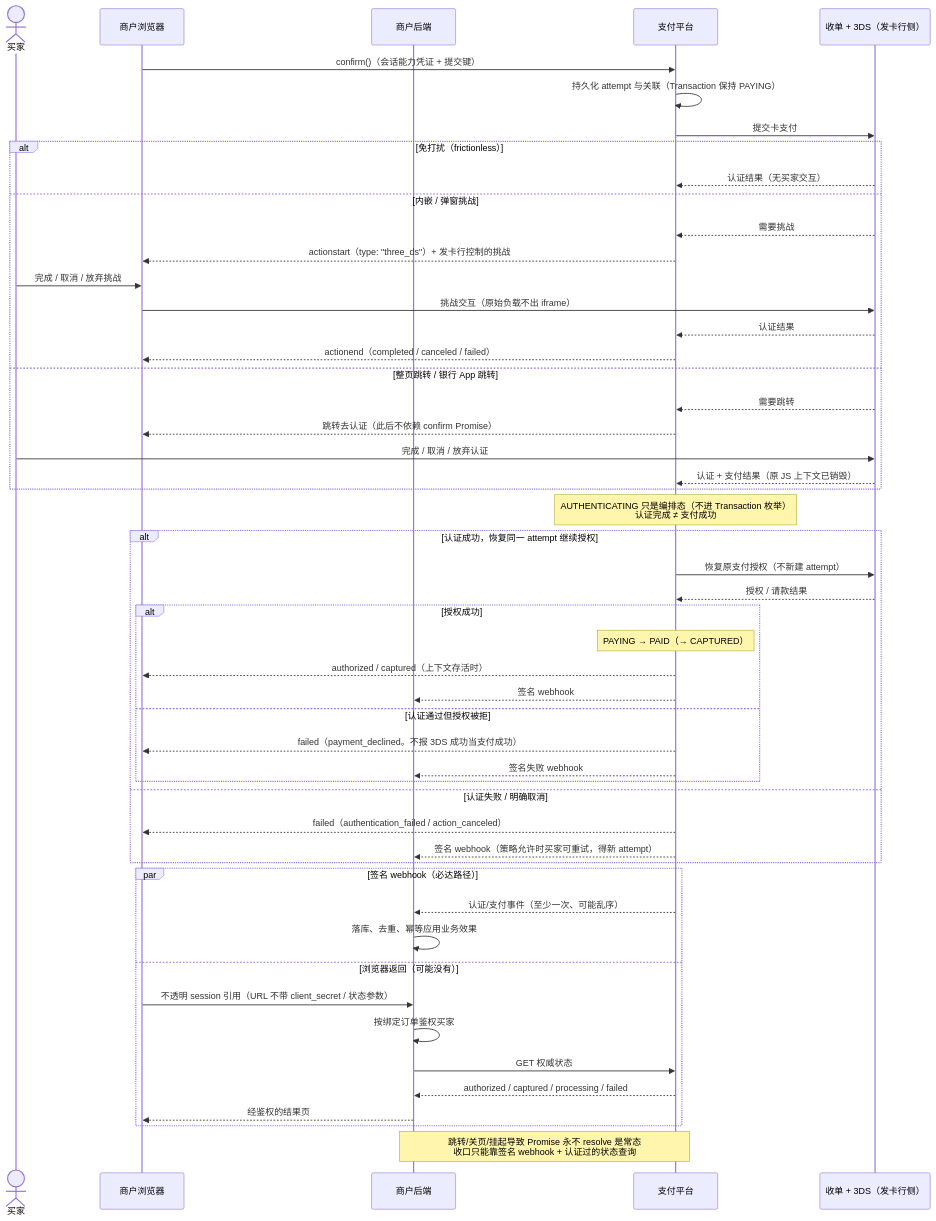
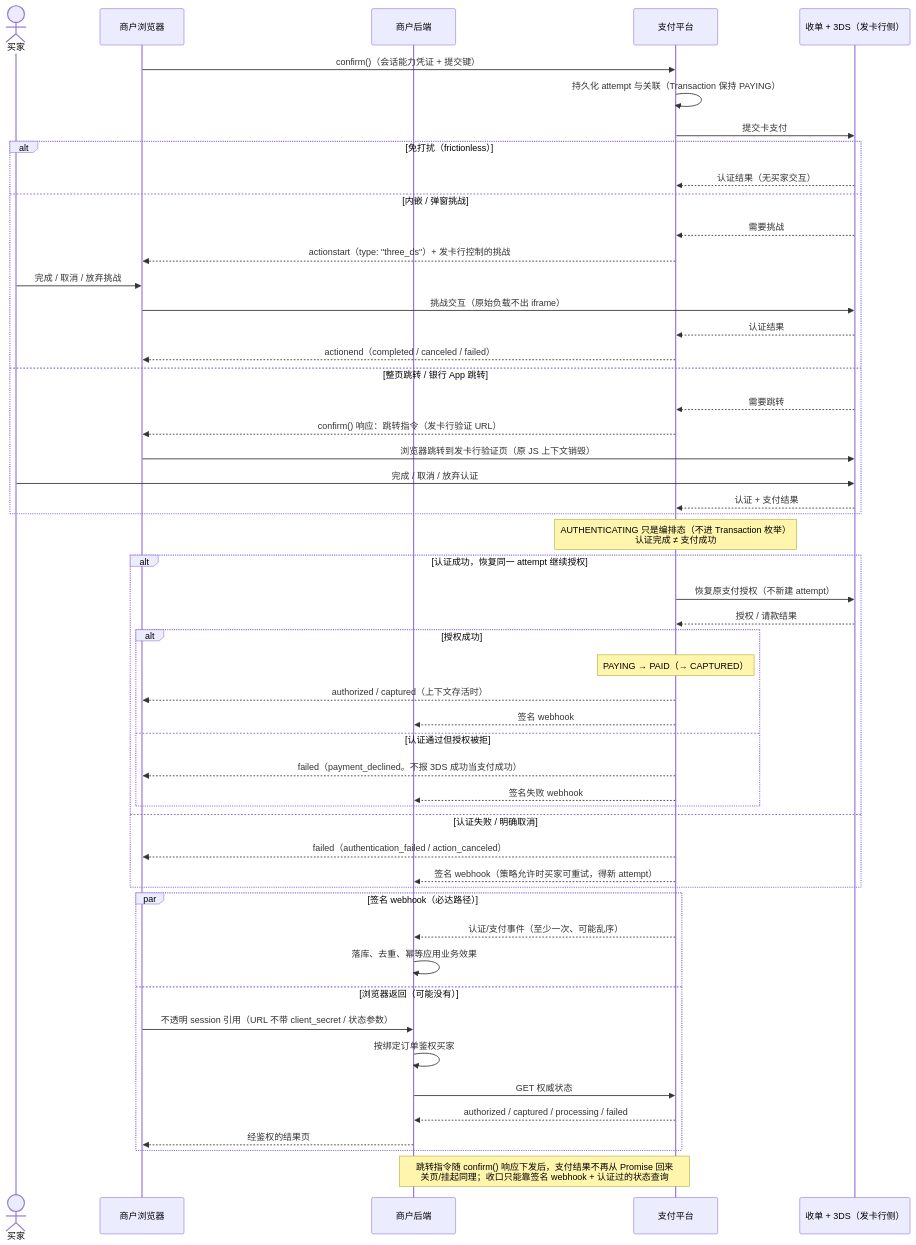
Before and after one commit to 1aboveio/wallet-architecture: the third of 6 diagrams in docs/payment-element-auth-integration-design.md, drawn with Mermaid. The commit also changed other lines of this file and 1 other file, not shown here.

First line of the commit message:
docs: deliver 3DS redirect via confirm() response, browser performs the jump

````diff
--- a/docs/payment-element-auth-integration-design.md
+++ b/docs/payment-element-auth-integration-design.md
@@ -166,59 +166,60 @@
 ```mermaid
 sequenceDiagram
     actor Buyer as 买家
     participant Browser as 商户浏览器
     participant Backend as 商户后端
     participant Platform as 支付平台
     participant DS as 收单 + 3DS（发卡行侧）
 
     Browser->>Platform: confirm()（会话能力凭证 + 提交键）
     Platform->>Platform: 持久化 attempt 与关联（Transaction 保持 PAYING）
     Platform->>DS: 提交卡支付
 
     alt 免打扰（frictionless）
         DS-->>Platform: 认证结果（无买家交互）
     else 内嵌 / 弹窗挑战
         DS-->>Platform: 需要挑战
         Platform-->>Browser: actionstart（type: "three_ds"）+ 发卡行控制的挑战
         Buyer->>Browser: 完成 / 取消 / 放弃挑战
         Browser->>DS: 挑战交互（原始负载不出 iframe）
         DS-->>Platform: 认证结果
         Platform-->>Browser: actionend（completed / canceled / failed）
     else 整页跳转 / 银行 App 跳转
         DS-->>Platform: 需要跳转
-        Platform-->>Browser: 跳转去认证（此后不依赖 confirm Promise）
+        Platform-->>Browser: confirm() 响应：跳转指令（发卡行验证 URL）
+        Browser->>DS: 浏览器跳转到发卡行验证页（原 JS 上下文销毁）
         Buyer->>DS: 完成 / 取消 / 放弃认证
-        DS-->>Platform: 认证 + 支付结果（原 JS 上下文已销毁）
+        DS-->>Platform: 认证 + 支付结果
     end
 
     Note over Platform: AUTHENTICATING 只是编排态（不进 Transaction 枚举）<br/>认证完成 ≠ 支付成功
 
     alt 认证成功，恢复同一 attempt 继续授权
         Platform->>DS: 恢复原支付授权（不新建 attempt）
         DS-->>Platform: 授权 / 请款结果
         alt 授权成功
             Note over Platform: PAYING → PAID（→ CAPTURED）
             Platform-->>Browser: authorized / captured（上下文存活时）
             Platform-->>Backend: 签名 webhook
         else 认证通过但授权被拒
             Platform-->>Browser: failed（payment_declined。不报 3DS 成功当支付成功）
             Platform-->>Backend: 签名失败 webhook
         end
     else 认证失败 / 明确取消
         Platform-->>Browser: failed（authentication_failed / action_canceled）
         Platform-->>Backend: 签名 webhook（策略允许时买家可重试，得新 attempt）
     end
 
     par 签名 webhook（必达路径）
         Platform-->>Backend: 认证/支付事件（至少一次、可能乱序）
         Backend->>Backend: 落库、去重、幂等应用业务效果
     and 浏览器返回（可能没有）
         Browser->>Backend: 不透明 session 引用（URL 不带 client_secret / 状态参数）
         Backend->>Backend: 按绑定订单鉴权买家
         Backend->>Platform: GET 权威状态
         Platform-->>Backend: authorized / captured / processing / failed
         Backend-->>Browser: 经鉴权的结果页
     end
 
-    Note over Platform,Backend: 跳转/关页/挂起导致 Promise 永不 resolve 是常态<br/>收口只能靠签名 webhook + 认证过的状态查询
+    Note over Platform,Backend: 跳转指令随 confirm() 响应下发后，支付结果不再从 Promise 回来<br/>关页/挂起同理；收口只能靠签名 webhook + 认证过的状态查询
 ```
````
